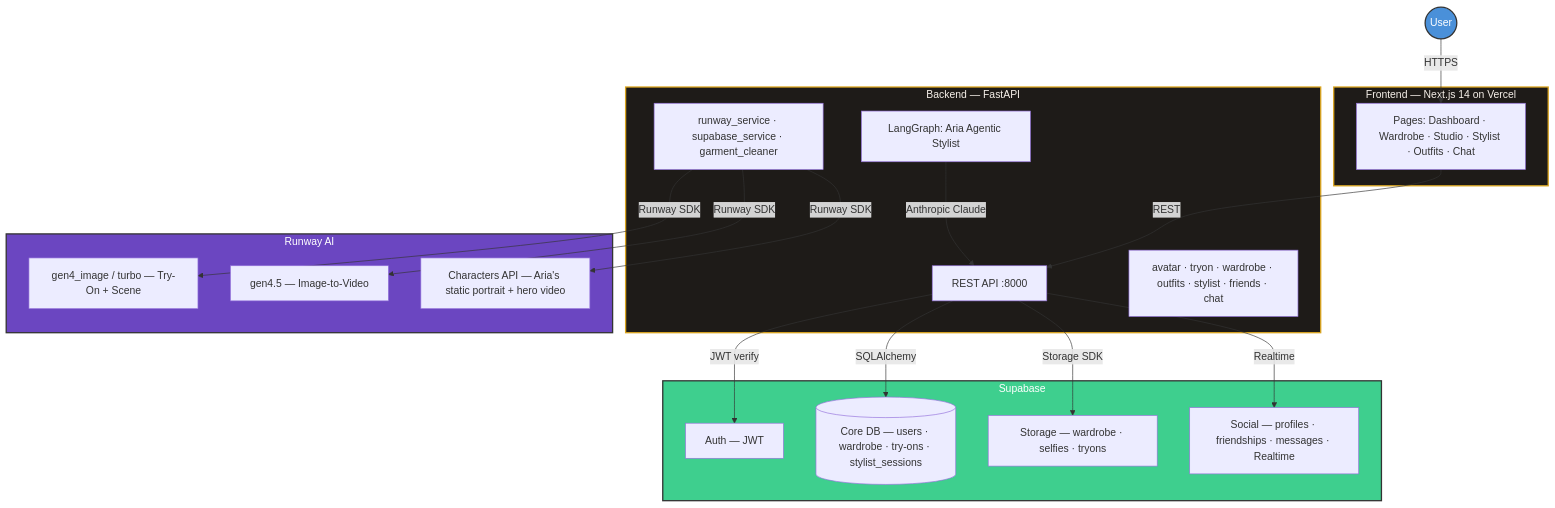
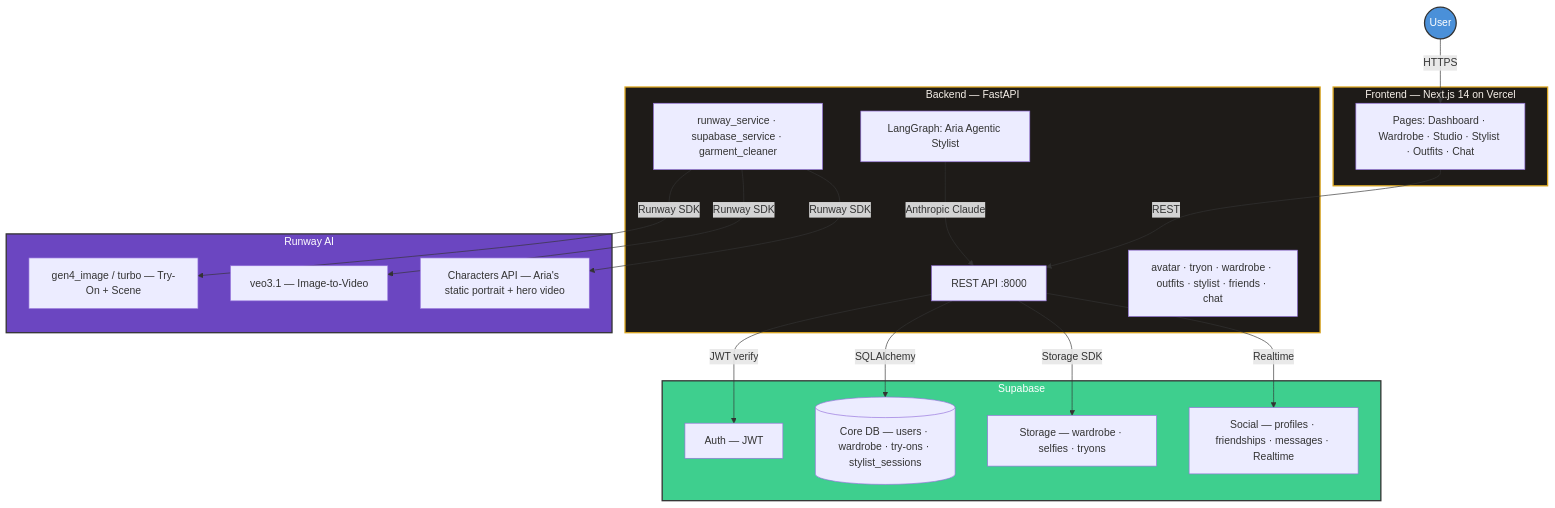
Before and after one commit to ihddirmas/StyleSense: the diagram in README.md, drawn with Mermaid. The commit also changed other lines of this file and 5 other files, not shown here.

````diff
--- a/README.md
+++ b/README.md
@@ -70,49 +73,49 @@
 ```mermaid
 flowchart TD
     classDef aws fill:#FF9900,color:#fff,stroke:#333,stroke-width:2px
     classDef runway fill:#6B46C1,color:#fff,stroke:#333,stroke-width:2px
     classDef app fill:#1E1B18,color:#F7F1EA,stroke:#DAA520,stroke-width:2px
     classDef supabase fill:#3ECF8E,color:#fff,stroke:#333,stroke-width:2px
     classDef client fill:#4A90D9,color:#fff,stroke:#333,stroke-width:2px
 
     User((User)):::client
 
     subgraph FE [Frontend — Next.js 14 on Vercel]
         Pages[Pages: Dashboard · Wardrobe · Studio · Stylist · Outfits · Chat]
     end
     FE:::app
 
     subgraph BE [Backend — FastAPI]
         API[REST API :8000]
         Routers[avatar · tryon · wardrobe · outfits · stylist · friends · chat]
         Services[runway_service · supabase_service · garment_cleaner]
         Graphs[LangGraph: Aria Agentic Stylist]
     end
     BE:::app
 
     subgraph SUPABASE [Supabase]
         Auth[Auth — JWT]
         Storage[Storage — wardrobe · selfies · tryons]
         PG[(Core DB — users · wardrobe · try-ons · stylist_sessions)]
         Social[Social — profiles · friendships · messages · Realtime]
     end
     SUPABASE:::supabase
 
     subgraph RUNWAY [Runway AI]
         Characters[Characters API — Aria's static portrait + hero video]
         Gen4[gen4_image / turbo — Try-On + Scene]
-        Gen45[gen4.5 — Image-to-Video]
+        Gen45[veo3.1 — Image-to-Video]
     end
     RUNWAY:::runway
 
     User -->|HTTPS| Pages
     Pages -->|REST| API
     API -->|JWT verify| Auth
     API -->|SQLAlchemy| PG
     API -->|Storage SDK| Storage
     API -->|Realtime| Social
     Services -->|Runway SDK| Gen4
     Services -->|Runway SDK| Gen45
     Services -->|Runway SDK| Characters
     Graphs -->|Anthropic Claude| API
 ```
````
